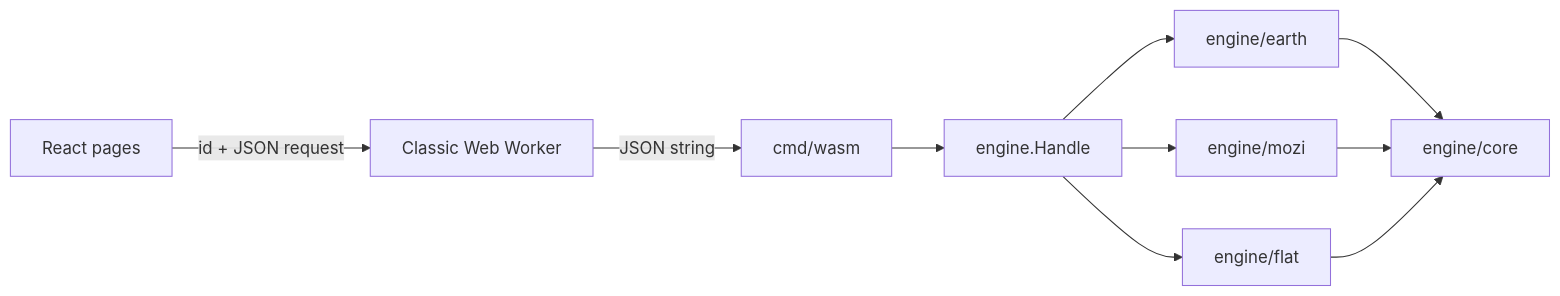
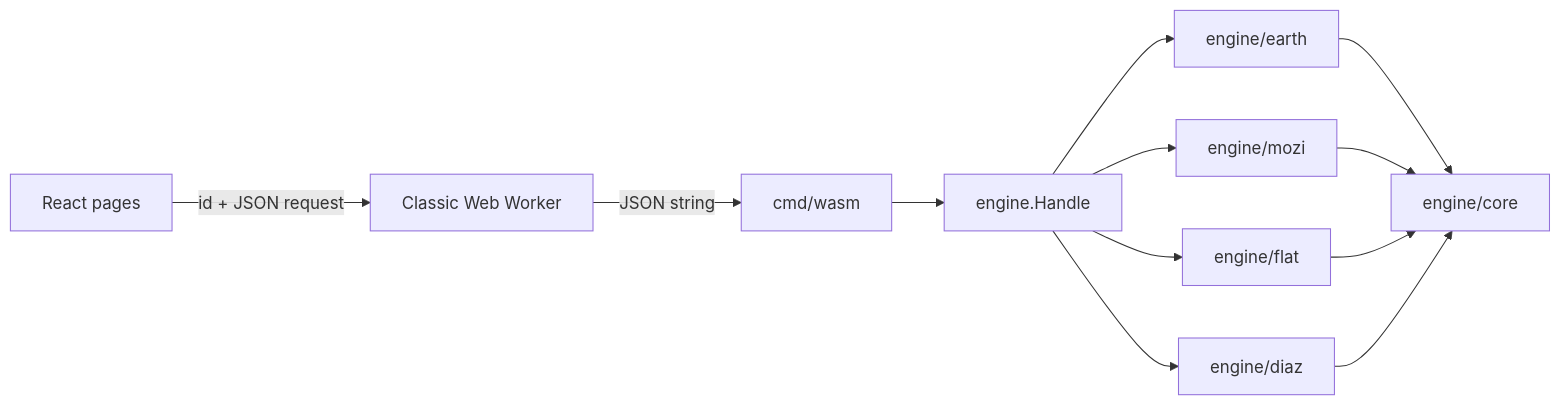
One commit to iwvelando/three-body-simulations changed the diagram in docs/architecture.md. Above: the diagram before and after it, drawn with Mermaid. The commit also changed other lines of this file and 37 other files, not shown here.

````diff
--- a/docs/architecture.md
+++ b/docs/architecture.md
@@ -5,12 +5,14 @@
 ```mermaid
 flowchart LR
   UI[React pages] -->|id + JSON request| Worker[Classic Web Worker]
   Worker -->|JSON string| WASM[cmd/wasm]
   WASM --> API[engine.Handle]
   API --> Earth[engine/earth]
   API --> Mozi[engine/mozi]
   API --> Flat[engine/flat]
+  API --> Diaz[engine/diaz]
   Earth --> Core[engine/core]
   Mozi --> Core
   Flat --> Core
+  Diaz --> Core
 ```
````
